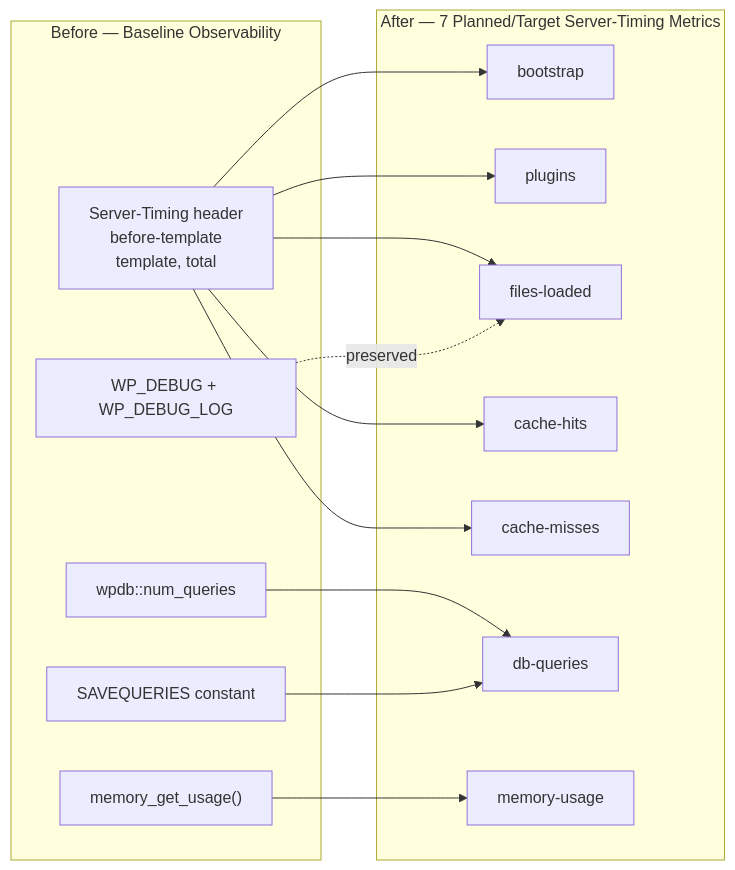
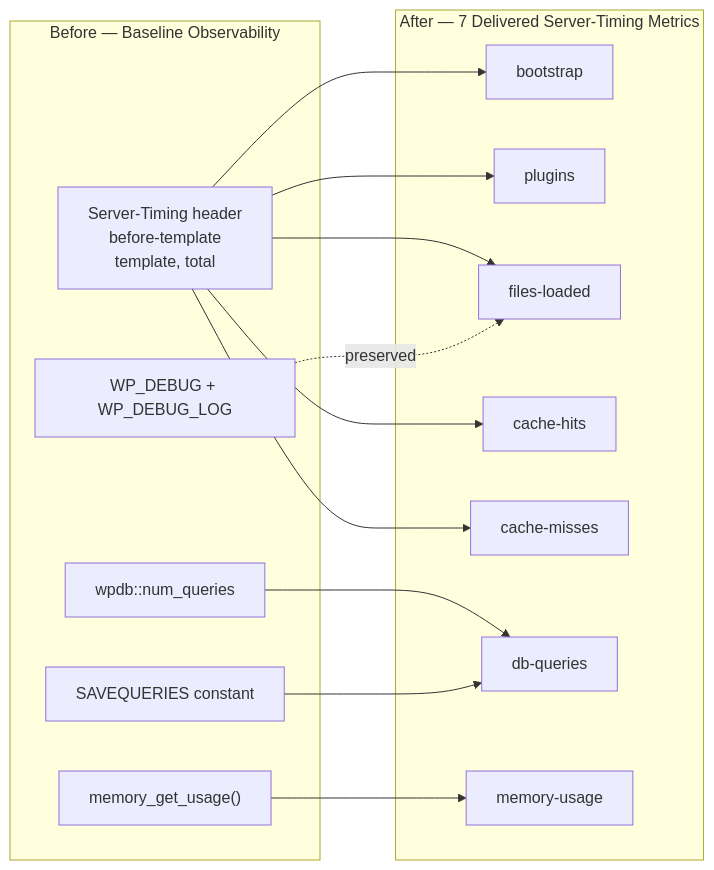
Before and after one commit to Blitzy-Sandbox/blitzy-wordpress: the fourth of 6 diagrams in docs/technical-specifications.md, drawn with Mermaid. The commit also changed other lines of this file and 18 other files, not shown here.

````diff
--- a/docs/technical-specifications.md
+++ b/docs/technical-specifications.md
@@ -488,32 +488,32 @@
 ```mermaid
 graph LR
-    %% LEGEND: left subgraph = BEFORE (baseline signals); right subgraph = AFTER (the 7 planned/target Server-Timing metrics).
-    %% Arrows show which baseline signal each planned metric derives from. Test/development-only; disabled in production by file absence.
+    %% LEGEND: left subgraph = BEFORE (baseline signals); right subgraph = AFTER (the 7 delivered Server-Timing metrics).
+    %% Arrows show which baseline signal each delivered metric derives from. Test/development-only; disabled in production by file absence.
     subgraph BeforeState["Before — Baseline Observability"]
         B1["Server-Timing header<br/>before-template<br/>template, total"]
         B2["memory_get_usage()"]
         B3["wpdb::num_queries"]
         B4["SAVEQUERIES constant"]
         B5["WP_DEBUG + WP_DEBUG_LOG"]
     end
 
-    subgraph AfterState["After — 7 Planned/Target Server-Timing Metrics"]
+    subgraph AfterState["After — 7 Delivered Server-Timing Metrics"]
         A1["bootstrap"]
         A2["plugins"]
         A3["files-loaded"]
         A4["cache-hits"]
         A5["cache-misses"]
         A6["db-queries"]
         A7["memory-usage"]
     end
 
     B1 --> A1
     B1 --> A2
     B1 --> A3
     B1 --> A4
     B1 --> A5
     B3 --> A6
     B4 --> A6
     B2 --> A7
     B5 -.preserved.-> A3
 ```
````
